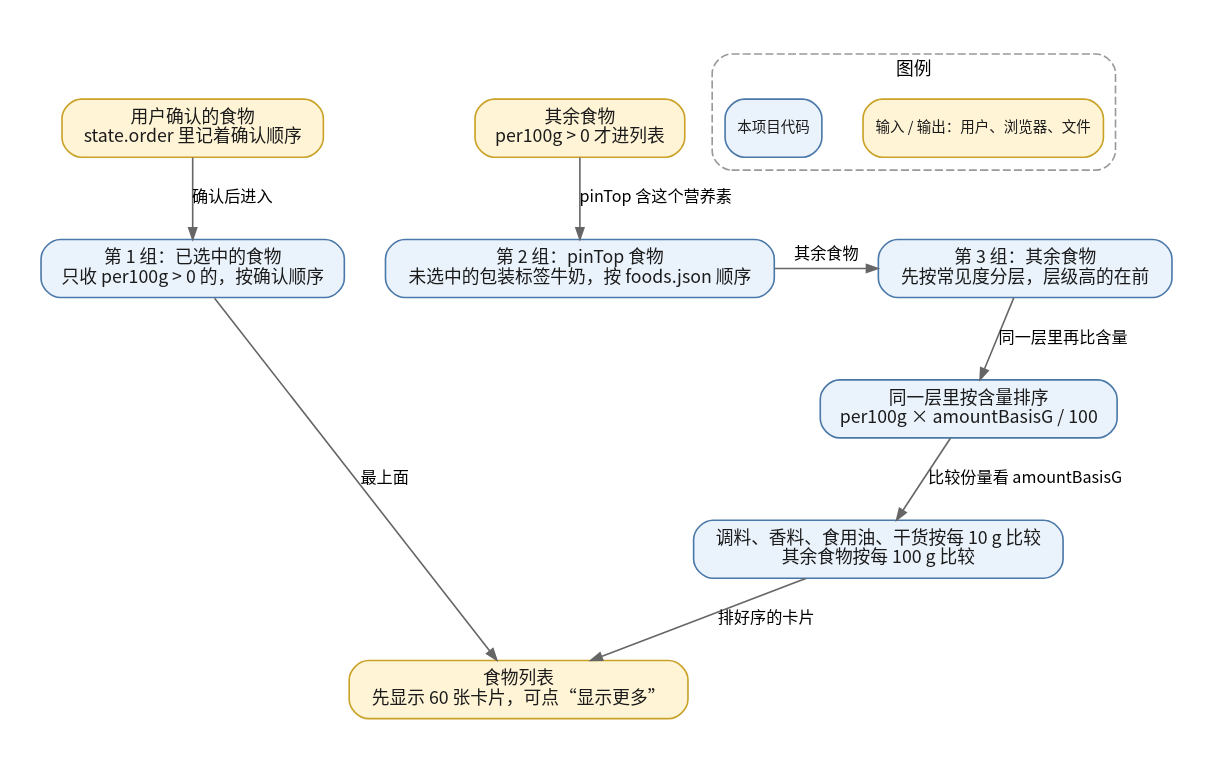
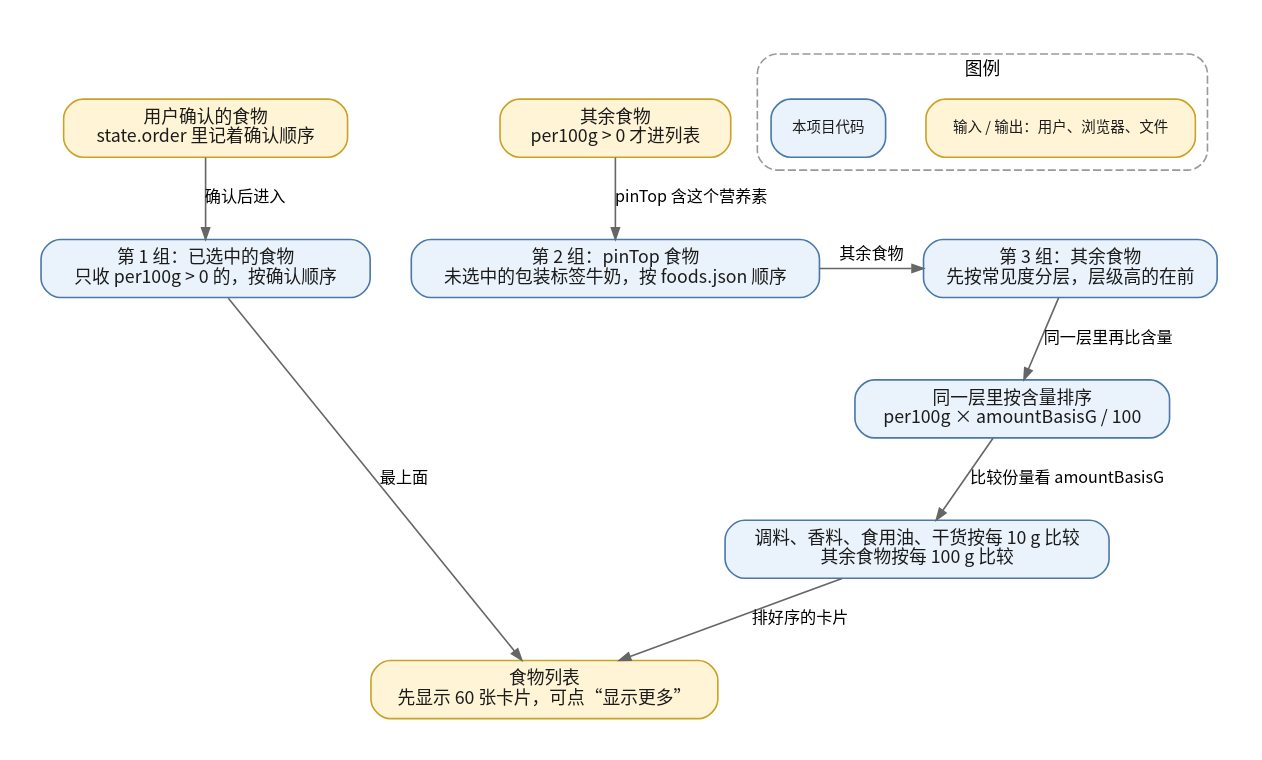
The diagram in documentation/diagrams/ordering.dot (hairrrrr/micronutrients-tracker), drawn with Graphviz before and after one commit. The commit also changed 15 other files, not shown here.

```diff
--- a/documentation/diagrams/ordering.dot
+++ b/documentation/diagrams/ordering.dot
@@ -1,38 +1,38 @@
 // ordering.dot - generated by documentation/diagrams/build.mjs.
 // Edit the script, then run: npm run docs:diagrams
 digraph ordering {
   graph [rankdir=TB, compound=true, fontname="Noto Sans CJK SC", fontsize=12,
          bgcolor="white", pad="0.25", nodesep="0.35", ranksep="0.55"];
   node [fontname="Noto Sans CJK SC", fontsize=11, margin="0.16,0.09"];
   edge [fontname="Noto Sans CJK SC", fontsize=10, arrowsize=0.7];
 
-  confirmed [label="用户确认的食物\nstate.order 里记着确认顺序", fillcolor="#FFF4D6", color="#C9A227", fontcolor="#1B1B1B", shape=box, style="rounded,filled"];
-  rest [label="其余食物\nper100g > 0 才进列表", fillcolor="#FFF4D6", color="#C9A227", fontcolor="#1B1B1B", shape=box, style="rounded,filled"];
-  pinned [label="第 1 组：已选中的食物\n只收 per100g > 0 的，按确认顺序", fillcolor="#EAF2FB", color="#4A78A8", fontcolor="#1B1B1B", shape=box, style="rounded,filled"];
-  leading [label="第 2 组：pinTop 食物\n未选中的包装标签牛奶，按 foods.json 顺序", fillcolor="#EAF2FB", color="#4A78A8", fontcolor="#1B1B1B", shape=box, style="rounded,filled"];
-  tier [label="第 3 组：其余食物\n先按常见度分层，层级高的在前", fillcolor="#EAF2FB", color="#4A78A8", fontcolor="#1B1B1B", shape=box, style="rounded,filled"];
-  rich [label="同一层里按含量排序\nper100g × amountBasisG / 100", fillcolor="#EAF2FB", color="#4A78A8", fontcolor="#1B1B1B", shape=box, style="rounded,filled"];
-  basis [label="调料、香料、食用油、干货按每 10 g 比较\n其余食物按每 100 g 比较", fillcolor="#EAF2FB", color="#4A78A8", fontcolor="#1B1B1B", shape=box, style="rounded,filled"];
-  cards [label="食物列表\n先显示 60 张卡片，可点“显示更多”", fillcolor="#FFF4D6", color="#C9A227", fontcolor="#1B1B1B", shape=box, style="rounded,filled"];
+  confirmed [label="用户确认的食物\nstate.order 里记着确认顺序", fillcolor="#FFF4D6", color="#C9A227", fontcolor="#1B1B1B", shape=box, width=2.44, fixedsize=false, style="rounded,filled"];
+  rest [label="其余食物\nper100g > 0 才进列表", fillcolor="#FFF4D6", color="#C9A227", fontcolor="#1B1B1B", shape=box, width=1.98, fixedsize=false, style="rounded,filled"];
+  pinned [label="第 1 组：已选中的食物\n只收 per100g > 0 的，按确认顺序", fillcolor="#EAF2FB", color="#4A78A8", fontcolor="#1B1B1B", shape=box, width=2.83, fixedsize=false, style="rounded,filled"];
+  leading [label="第 2 组：pinTop 食物\n未选中的包装标签牛奶，按 foods.json 顺序", fillcolor="#EAF2FB", color="#4A78A8", fontcolor="#1B1B1B", shape=box, width=3.51, fixedsize=false, style="rounded,filled"];
+  tier [label="第 3 组：其余食物\n先按常见度分层，层级高的在前", fillcolor="#EAF2FB", color="#4A78A8", fontcolor="#1B1B1B", shape=box, width=2.50, fixedsize=false, style="rounded,filled"];
+  rich [label="同一层里按含量排序\nper100g × amountBasisG / 100", fillcolor="#EAF2FB", color="#4A78A8", fontcolor="#1B1B1B", shape=box, width=2.71, fixedsize=false, style="rounded,filled"];
+  basis [label="调料、香料、食用油、干货按每 10 g 比较\n其余食物按每 100 g 比较", fillcolor="#EAF2FB", color="#4A78A8", fontcolor="#1B1B1B", shape=box, width=3.31, fixedsize=false, style="rounded,filled"];
+  cards [label="食物列表\n先显示 60 张卡片，可点“显示更多”", fillcolor="#FFF4D6", color="#C9A227", fontcolor="#1B1B1B", shape=box, width=2.99, fixedsize=false, style="rounded,filled"];
     { rank=same; confirmed; rest; }
     { rank=same; pinned; leading; }
     { rank=same; leading; tier; }
 
   confirmed -> pinned [color="#666666", label="确认后进入"];
   rest -> leading [color="#666666", label="pinTop 含这个营养素"];
   leading -> tier [color="#666666", label="其余食物"];
   tier -> rich [color="#666666", label="同一层里再比含量"];
   rich -> basis [color="#666666", label="比较份量看 amountBasisG"];
   pinned -> cards [color="#666666", label="最上面"];
   basis -> cards [color="#666666", label="排好序的卡片"];
   subgraph cluster_legend {
     label="图例";
     fontsize=11;
     style="rounded,dashed";
     color="#999999";
     node [fontname="Noto Sans CJK SC", margin="0.10,0.05"];
-    legend_input [label="输入 / 输出：用户、浏览器、文件", fillcolor="#FFF4D6", color="#C9A227", fontcolor="#1B1B1B", shape=box, style="rounded,filled", fontsize=9];
-    legend_code [label="本项目代码", fillcolor="#EAF2FB", color="#4A78A8", fontcolor="#1B1B1B", shape=box, style="rounded,filled", fontsize=9];
+    legend_input [label="输入 / 输出：用户、浏览器、文件", fillcolor="#FFF4D6", color="#C9A227", fontcolor="#1B1B1B", shape=box, style="rounded,filled", fontsize=9, width=2.32, fixedsize=false];
+    legend_code [label="本项目代码", fillcolor="#EAF2FB", color="#4A78A8", fontcolor="#1B1B1B", shape=box, style="rounded,filled", fontsize=9, width=0.98, fixedsize=false];
     { rank=same; legend_input; legend_code; }
   }
 }
```
